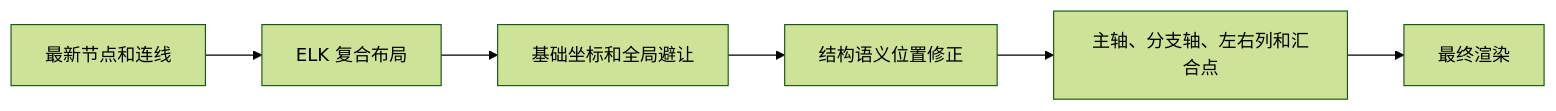
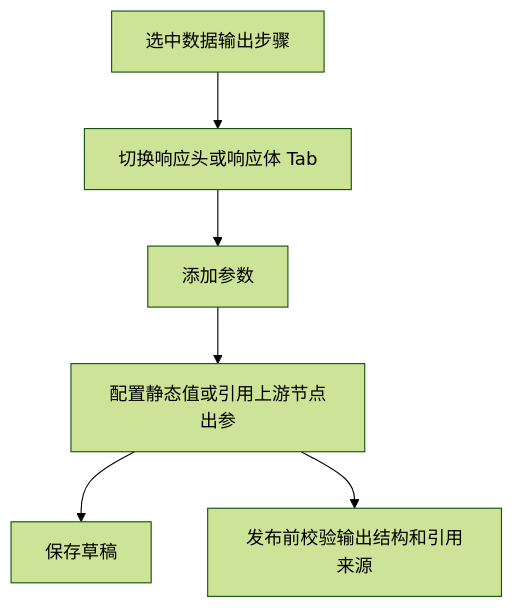
Before and after one commit to THZSummer/open-app: the tenth of 17 diagrams in front/doc/2026年6月文档/连接流配置需求设计说明书.md, drawn with Mermaid (forest theme). The commit also changed other lines of this file and 2 other files, not shown here.

````diff
--- a/front/doc/2026年6月文档/连接流配置需求设计说明书.md
+++ b/front/doc/2026年6月文档/连接流配置需求设计说明书.md
@@ -910,8 +423,8 @@
 ```mermaid
-flowchart LR
-  Input[最新节点和连线] --> Elk[ELK 复合布局]
-  Elk --> BasicPosition[基础坐标和全局避让]
-  BasicPosition --> Semantic[结构语义位置修正]
-  Semantic --> BusinessPosition[主轴、分支轴、左右列和汇合点]
-  BusinessPosition --> Render[最终渲染]
+flowchart TD
+  OpenOutput[选中数据输出步骤] --> SelectTab[切换响应头或响应体 Tab]
+  SelectTab --> AddParam[添加参数]
+  AddParam --> ConfigureValue[配置静态值或引用上游节点出参]
+  ConfigureValue --> SaveDraft[保存草稿]
+  ConfigureValue --> PublishValidate[发布前校验输出结构和引用来源]
 ```
````
